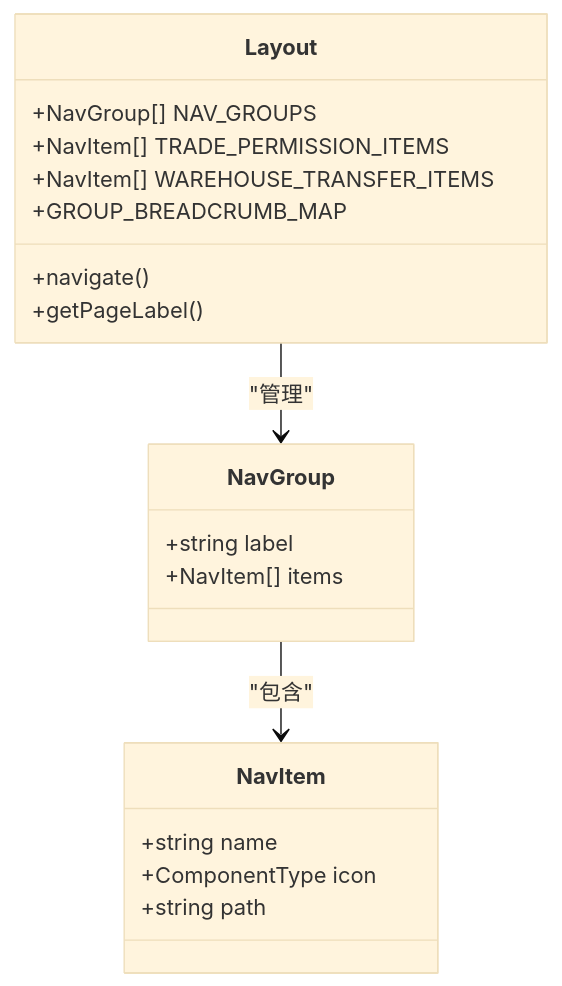
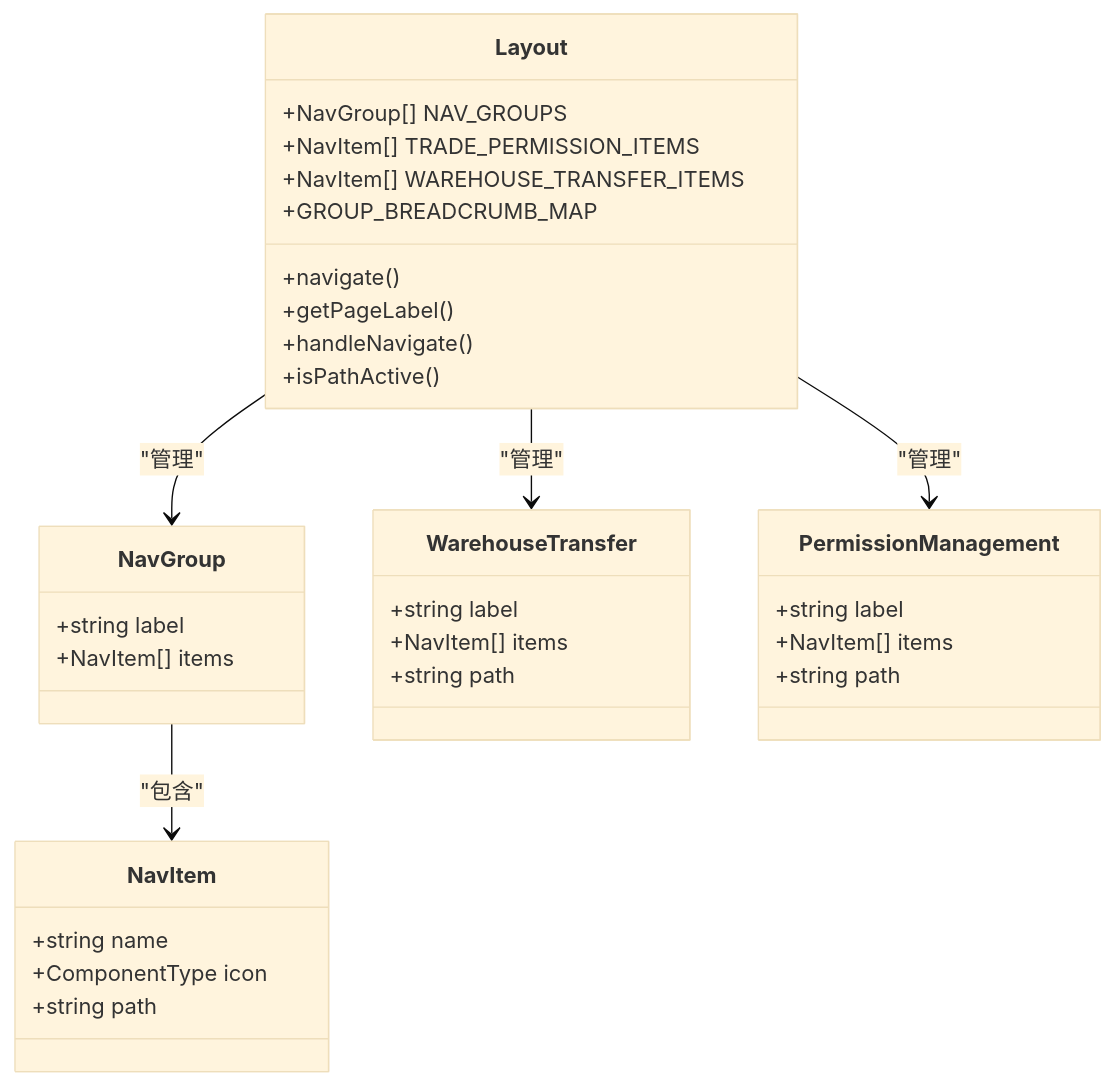
The fifth of 13 diagrams in .qoder/repowiki/zh/content/路由和导航系统/路由和导航系统.md (chinak/permission_apply), drawn with Mermaid (base theme) before and after one commit. The commit also changed other lines of this file and 94 other files, not shown here.

````diff
--- a/.qoder/repowiki/zh/content/路由和导航系统/路由和导航系统.md
+++ b/.qoder/repowiki/zh/content/路由和导航系统/路由和导航系统.md
@@ -165,22 +207,36 @@
 ```mermaid
 classDiagram
 class NavGroup {
 +string label
 +NavItem[] items
 }
 class NavItem {
 +string name
 +ComponentType icon
 +string path
 }
 class Layout {
 +NavGroup[] NAV_GROUPS
 +NavItem[] TRADE_PERMISSION_ITEMS
 +NavItem[] WAREHOUSE_TRANSFER_ITEMS
 +navigate()
 +getPageLabel()
 +GROUP_BREADCRUMB_MAP
++handleNavigate()
++isPathActive()
+}
+class WarehouseTransfer {
++string label
++NavItem[] items
++string path
+}
+class PermissionManagement {
++string label
++NavItem[] items
++string path
 }
 NavGroup --> NavItem : "包含"
 Layout --> NavGroup : "管理"
+Layout --> WarehouseTransfer : "管理"
+Layout --> PermissionManagement : "管理"
 ```
````
